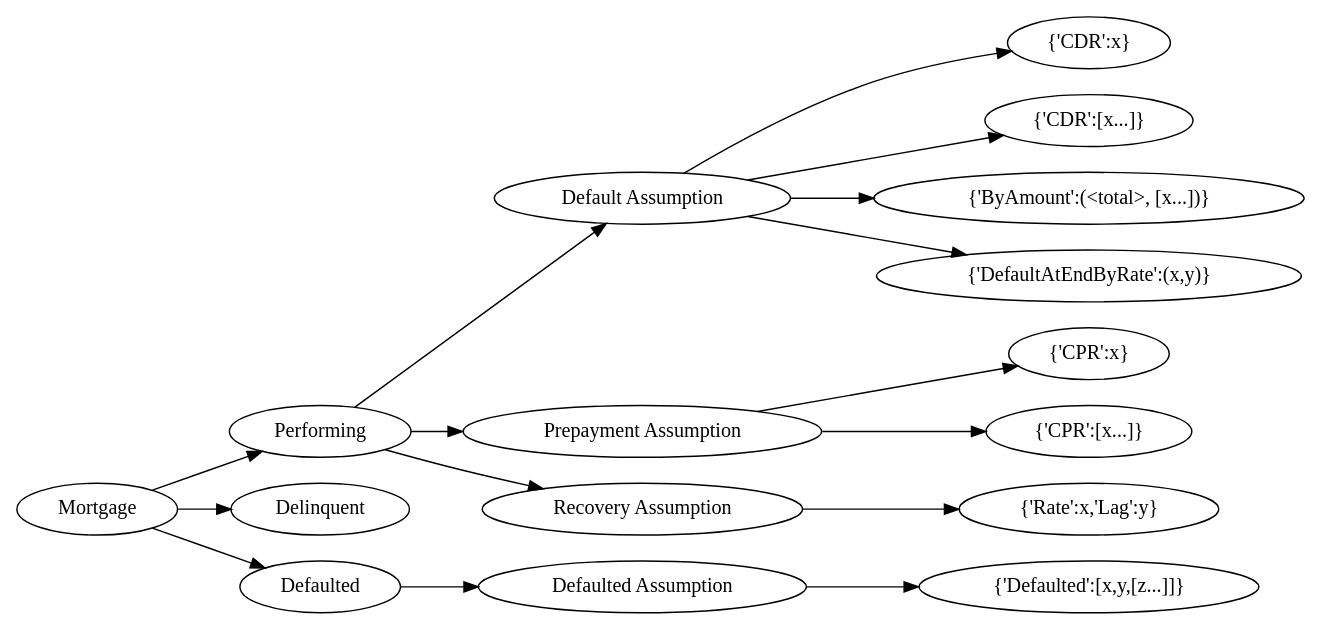
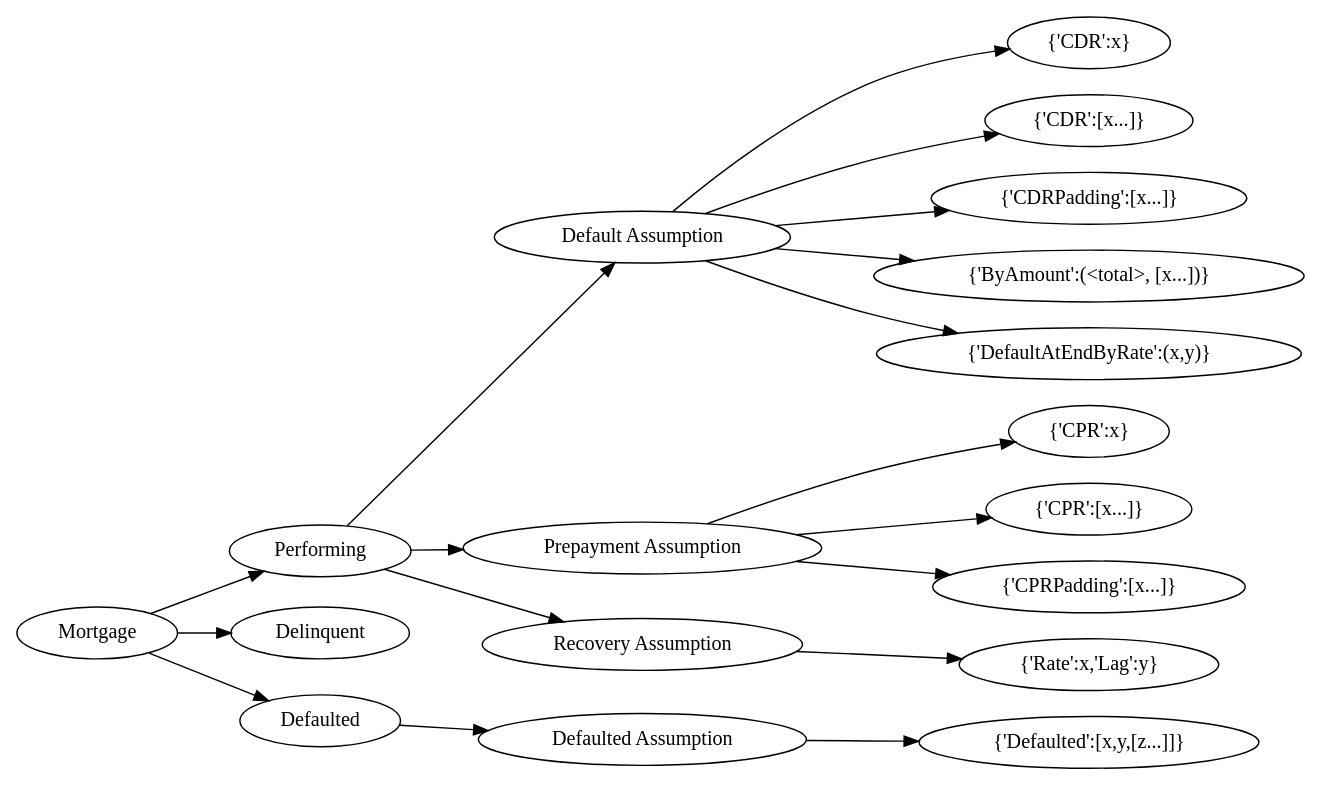
The second of 10 diagrams in docs/source/analytics.rst (yellowbean/AbsBox), drawn with Graphviz before and after one commit. The commit also changed other lines of this file and 4 other files, not shown here.

```diff
--- a/docs/source/analytics.rst
+++ b/docs/source/analytics.rst
@@ -169,24 +171,26 @@
 .. graphviz::
     :name: sphinx.ext.graphviz
     :caption: mortgage-assumption
     :alt: mortgage-assumption
     :align: center
     
     digraph {
         rankdir = LR
         Mortgage -> Performing
         Mortgage -> Delinquent
         Mortgage -> Defaulted
         Performing -> "Default Assumption"
         Performing -> "Prepayment Assumption"
         Performing -> "Recovery Assumption"
         "Default Assumption" -> "{'CDR':x}"
         "Default Assumption" -> "{'CDR':[x...]}"
+        "Default Assumption" -> "{'CDRPadding':[x...]}"
         "Default Assumption" -> "{'ByAmount':(<total>, [x...])}"
         "Default Assumption" -> "{'DefaultAtEndByRate':(x,y)}"
         "Prepayment Assumption" -> "{'CPR':x}"
         "Prepayment Assumption" -> "{'CPR':[x...]}"
+        "Prepayment Assumption" -> "{'CPRPadding':[x...]}"
         "Recovery Assumption" -> "{'Rate':x,'Lag':y}"
         "Defaulted" -> "Defaulted Assumption"
         "Defaulted Assumption" -> "{'Defaulted':[x,y,[z...]]}"
     }
```
